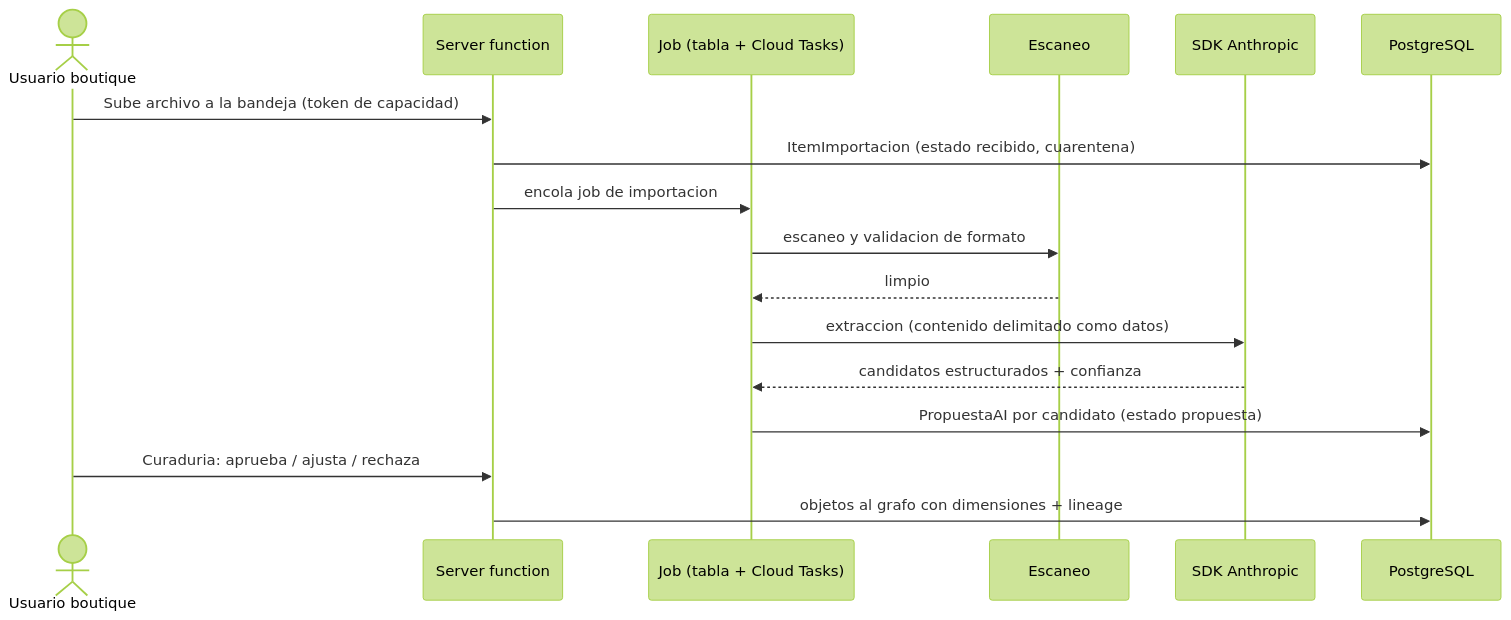
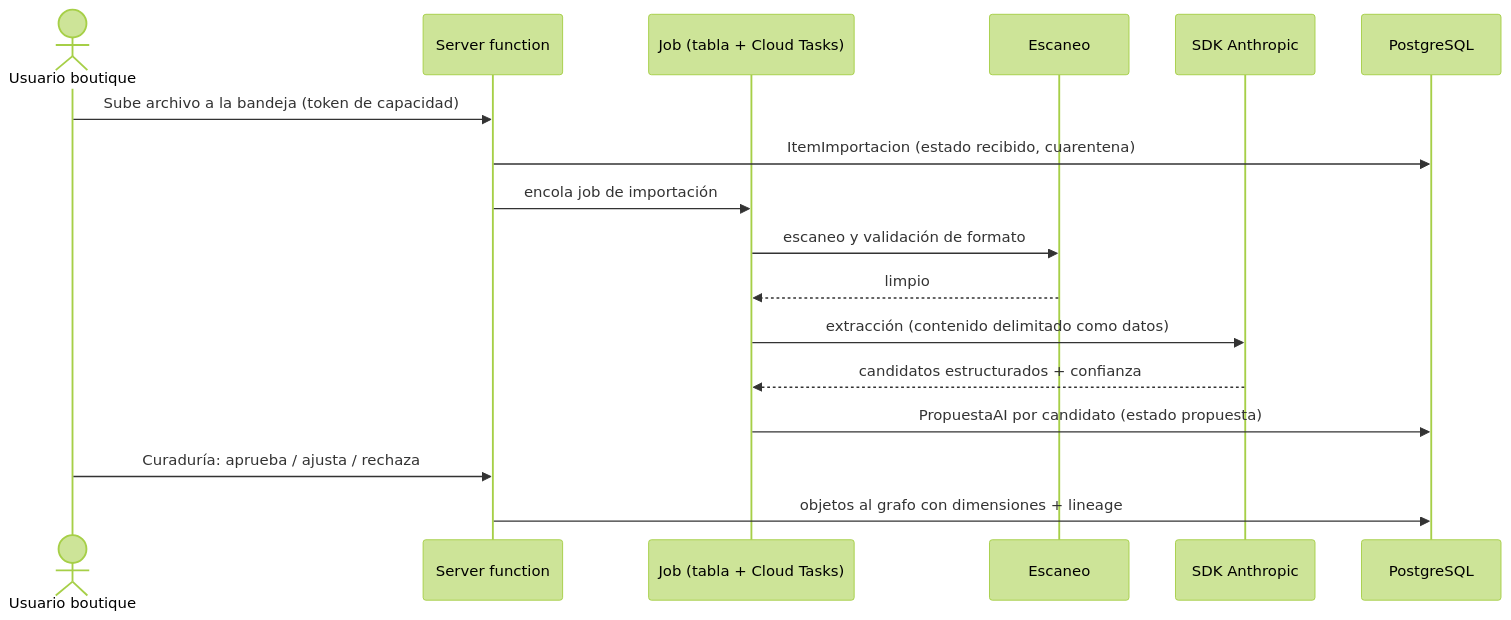
The second of 2 diagrams in docs/06-diseno-tecnico/diseno-tecnico.md (jtrujillo-ws/designio-app), drawn with Mermaid (forest theme) before and after one commit. The commit also changed other lines of this file and 4 other files, not shown here.

````diff
--- a/docs/06-diseno-tecnico/diseno-tecnico.md
+++ b/docs/06-diseno-tecnico/diseno-tecnico.md
@@ -177,20 +177,20 @@
 ```mermaid
 sequenceDiagram
   actor U as Usuario boutique
   participant W as Server function
   participant J as Job (tabla + Cloud Tasks)
   participant AV as Escaneo
   participant AI as SDK Anthropic
   participant PG as PostgreSQL
 
   U->>W: Sube archivo a la bandeja (token de capacidad)
   W->>PG: ItemImportacion (estado recibido, cuarentena)
-  W->>J: encola job de importacion
-  J->>AV: escaneo y validacion de formato
+  W->>J: encola job de importación
+  J->>AV: escaneo y validación de formato
   AV-->>J: limpio
-  J->>AI: extraccion (contenido delimitado como datos)
+  J->>AI: extracción (contenido delimitado como datos)
   AI-->>J: candidatos estructurados + confianza
   J->>PG: PropuestaAI por candidato (estado propuesta)
-  U->>W: Curaduria: aprueba / ajusta / rechaza
+  U->>W: Curaduría: aprueba / ajusta / rechaza
   W->>PG: objetos al grafo con dimensiones + lineage
 ```
````
